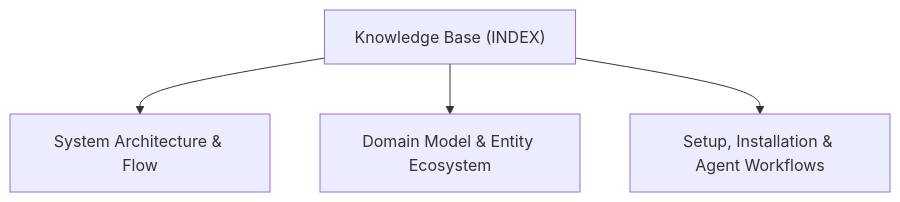
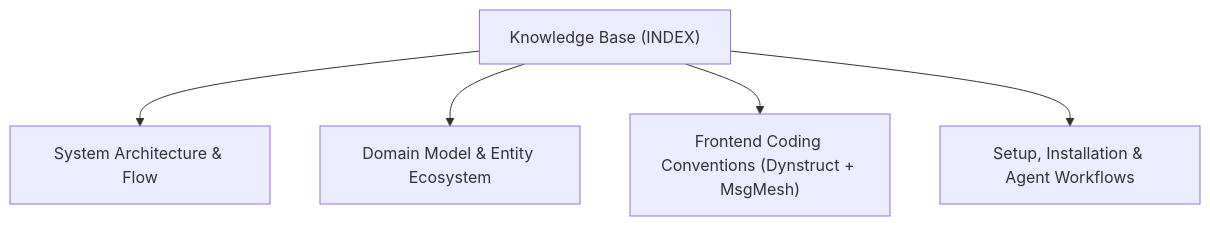
One commit to actdim/along changed the diagram in packages/dashboard-ui/docs/INDEX.md. Above: the diagram before and after it, drawn with Mermaid. The commit also changed other lines of this file and 21 other files, not shown here.

````diff
--- a/packages/dashboard-ui/docs/INDEX.md
+++ b/packages/dashboard-ui/docs/INDEX.md
@@ -17,10 +17,12 @@
 ```mermaid
 flowchart TD
     INDEX["Knowledge Base (INDEX)"]
     T_ARCHITECTURE["System Architecture & Flow"]
     INDEX --> T_ARCHITECTURE
     T_DOMAIN_MODEL["Domain Model & Entity Ecosystem"]
     INDEX --> T_DOMAIN_MODEL
+    T_FRONTEND_CONVENTIONS["Frontend Coding Conventions (Dynstruct + MsgMesh)"]
+    INDEX --> T_FRONTEND_CONVENTIONS
     T_SETUP_AND_WORKFLOW["Setup, Installation & Agent Workflows"]
     INDEX --> T_SETUP_AND_WORKFLOW
 ```
````
